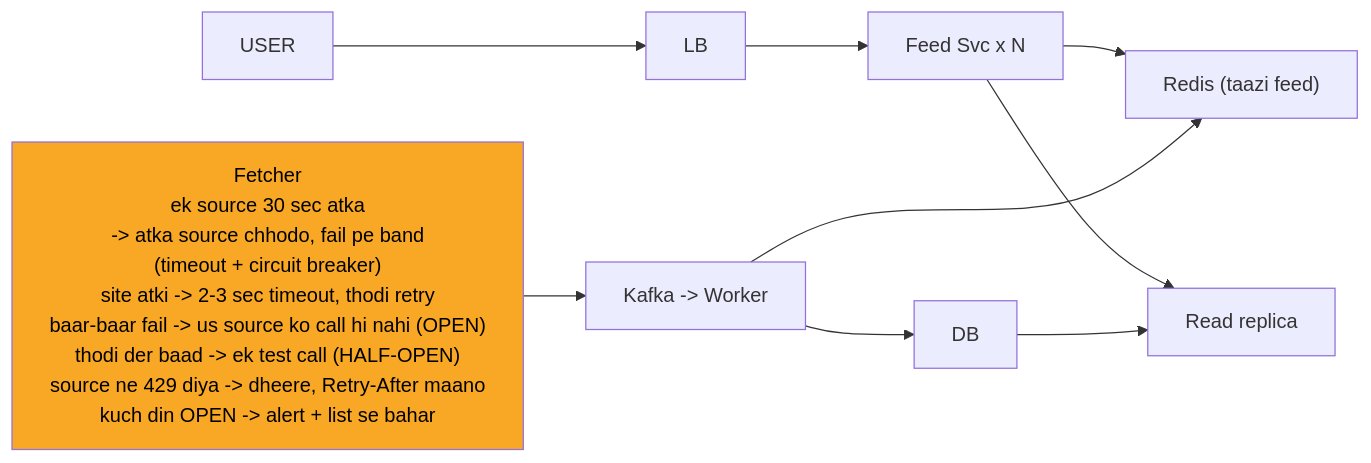
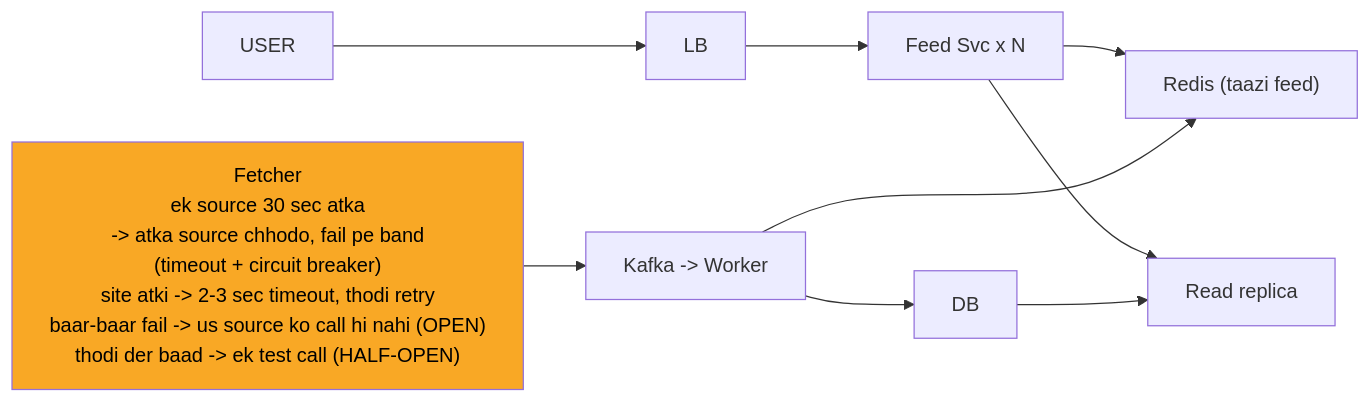
One commit to ArpanMaheshwari144/Prep changed the sixth of 11 diagrams in 04_HLD/SYSTEM_DESIGNS/08_news_aggregator/08_news_aggregator_INTERVIEW.md. Above: the diagram before and after it, drawn with Mermaid. The commit also changed other lines of this file and 13 other files, not shown here.

````diff
--- a/04_HLD/SYSTEM_DESIGNS/08_news_aggregator/08_news_aggregator_INTERVIEW.md
+++ b/04_HLD/SYSTEM_DESIGNS/08_news_aggregator/08_news_aggregator_INTERVIEW.md
@@ -236,21 +236,21 @@
 ```mermaid
 %%{init: {"flowchart": {"wrappingWidth": 450}}}%%
 flowchart LR
     n_USER["USER"]
     n_LB["LB"]
     n_Feed_Svc_xN["Feed Svc x N"]
     n_Redis["Redis (taazi feed)"]
     n_Read_replica["Read replica"]
     n_DB["DB"]
     n_KW["Kafka -> Worker"]
-    n_Fetcher["Fetcher<br/>ek source 30 sec atka<br/>-> atka source chhodo, fail pe band<br/>(timeout + circuit breaker)<br/>site atki -> 2-3 sec timeout, thodi retry<br/>baar-baar fail -> us source ko call hi nahi (OPEN)<br/>thodi der baad -> ek test call (HALF-OPEN)<br/>source ne 429 diya -> dheere, Retry-After maano<br/>kuch din OPEN -> alert + list se bahar"]
+    n_Fetcher["Fetcher<br/>ek source 30 sec atka<br/>-> atka source chhodo, fail pe band<br/>(timeout + circuit breaker)<br/>site atki -> 2-3 sec timeout, thodi retry<br/>baar-baar fail -> us source ko call hi nahi (OPEN)<br/>thodi der baad -> ek test call (HALF-OPEN)"]
     n_USER --> n_LB
     n_LB --> n_Feed_Svc_xN
     n_Feed_Svc_xN --> n_Redis
     n_Feed_Svc_xN --> n_Read_replica
     n_DB --> n_Read_replica
     n_KW --> n_DB
     n_KW --> n_Redis
     n_Fetcher --> n_KW
     style n_Fetcher fill:#f9a825,color:#000
 ```
````
